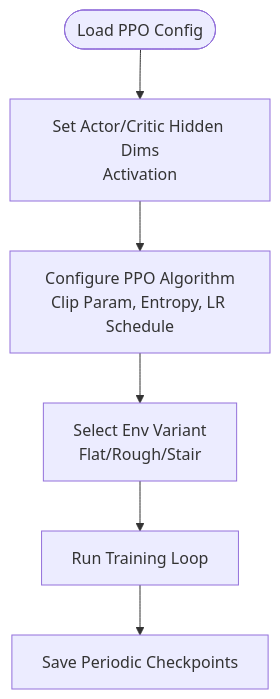
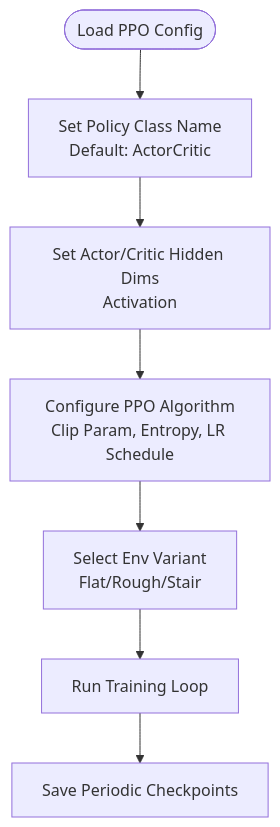
Before and after one commit to jayjayhust/robot_lab: the third of 6 diagrams in .qoder/repowiki/en/content/Training Pipeline Architecture/RSL-RL Training System.md, drawn with Mermaid. The commit also changed other lines of this file and 8 other files, not shown here.

````diff
--- a/.qoder/repowiki/en/content/Training Pipeline Architecture/RSL-RL Training System.md
+++ b/.qoder/repowiki/en/content/Training Pipeline Architecture/RSL-RL Training System.md
@@ -119,8 +121,9 @@
 ```mermaid
 flowchart TD
-Start(["Load PPO Config"]) --> Arch["Set Actor/Critic Hidden Dims<br/>Activation"]
+Start(["Load PPO Config"]) --> Class["Set Policy Class Name<br/>Default: ActorCritic"]
+Class --> Arch["Set Actor/Critic Hidden Dims<br/>Activation"]
 Arch --> Algo["Configure PPO Algorithm<br/>Clip Param, Entropy, LR Schedule"]
 Algo --> Env["Select Env Variant<br/>Flat/Rough/Stair"]
 Env --> Train["Run Training Loop"]
 Train --> Save["Save Periodic Checkpoints"]
 ```
````
